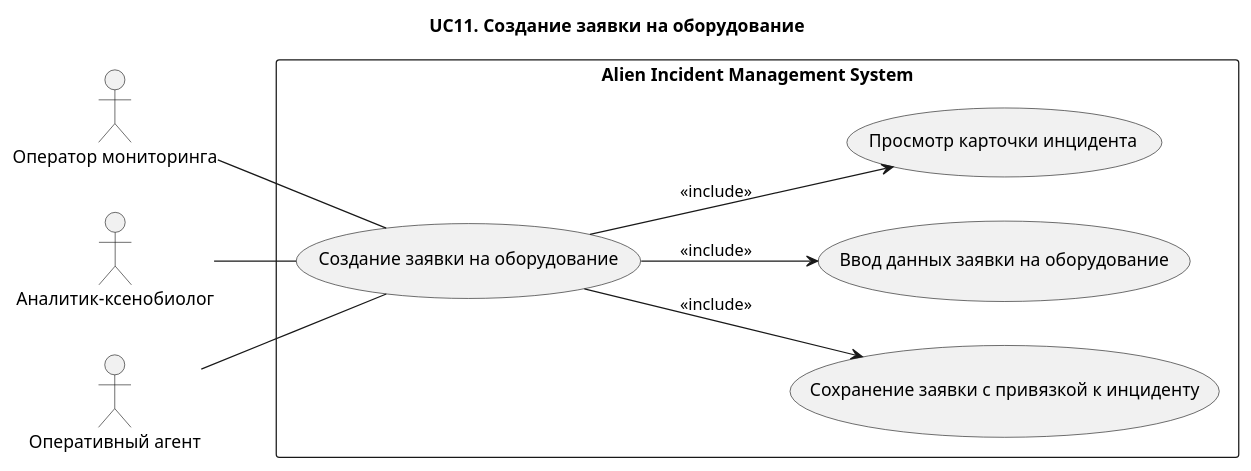
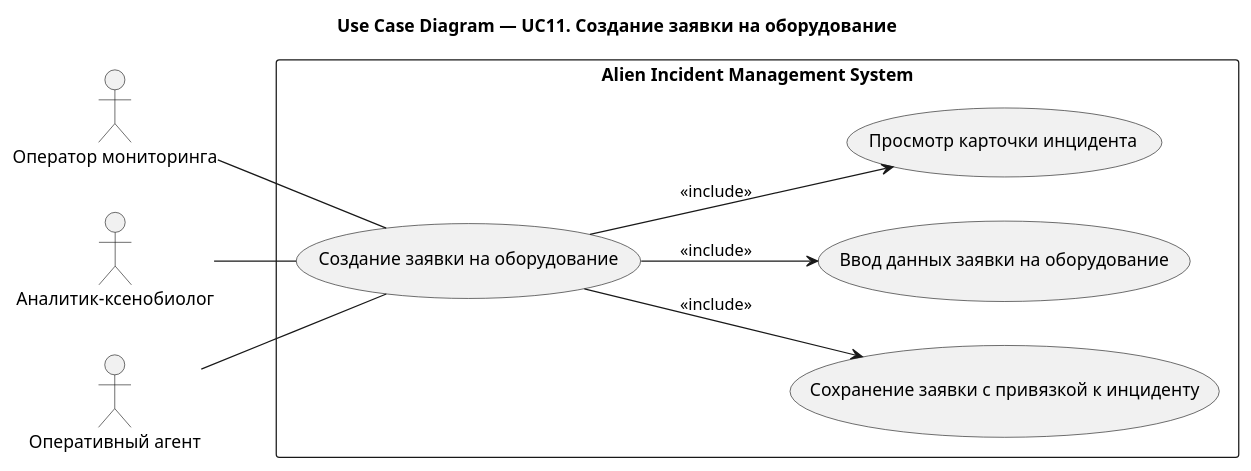
One commit to Andryss/AIMS changed the diagram in docs/use-case/UC11.md. Above: the diagram before and after it, drawn with PlantUML. The commit also changed 31 other files, not shown here.

````diff
--- a/docs/use-case/UC11.md
+++ b/docs/use-case/UC11.md
@@ -5,29 +5,29 @@
 ```plantuml
 @startuml
-title UC11. Создание заявки на оборудование
+title Use Case Diagram — UC11. Создание заявки на оборудование
 left to right direction
 
 actor "Оператор мониторинга" as Operator
 actor "Аналитик-ксенобиолог" as Analyst
 actor "Оперативный агент" as Agent
 
 rectangle "Alien Incident Management System" {
 
 (Создание заявки на оборудование) as UC11
 
 (Сохранение заявки с привязкой к инциденту) as UC115
 (Ввод данных заявки на оборудование) as UC112
 (Просмотр карточки инцидента) as UC111
 
 }
 
 Operator -- UC11
 Analyst -- UC11
 Agent -- UC11
 
 UC11 --> UC111 : <<include>>
 UC11 --> UC112 : <<include>>
 UC11 --> UC115 : <<include>>
 
 @enduml
 ```
````
